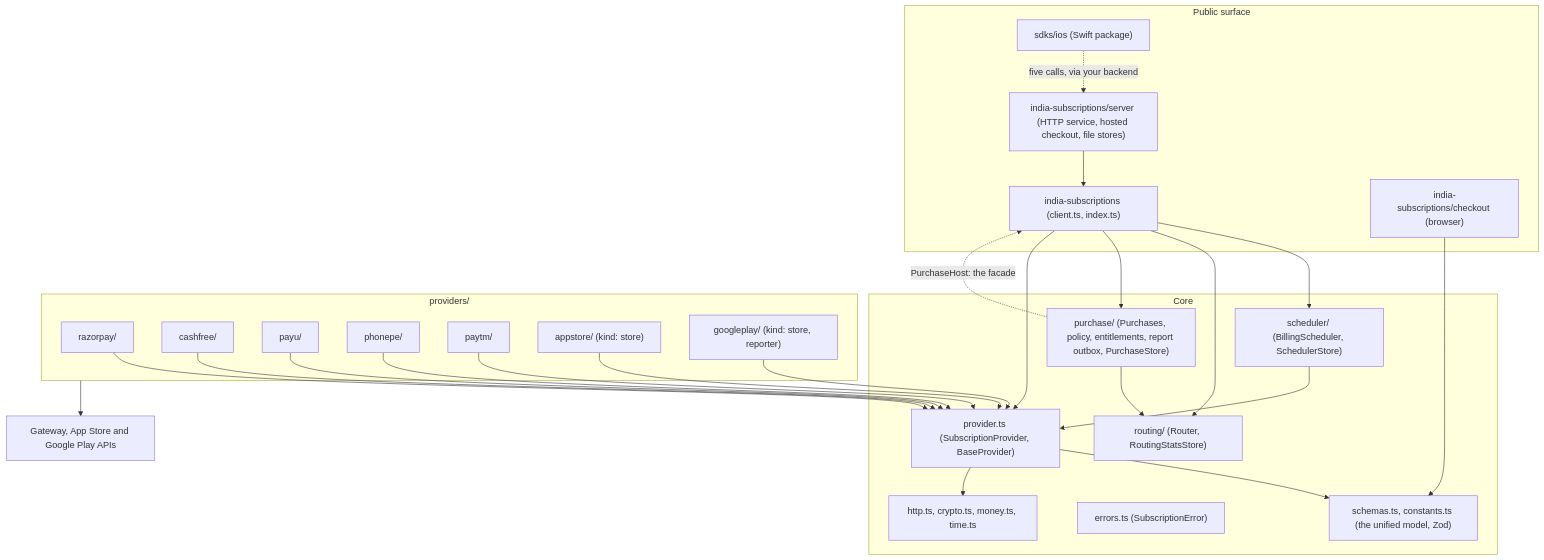
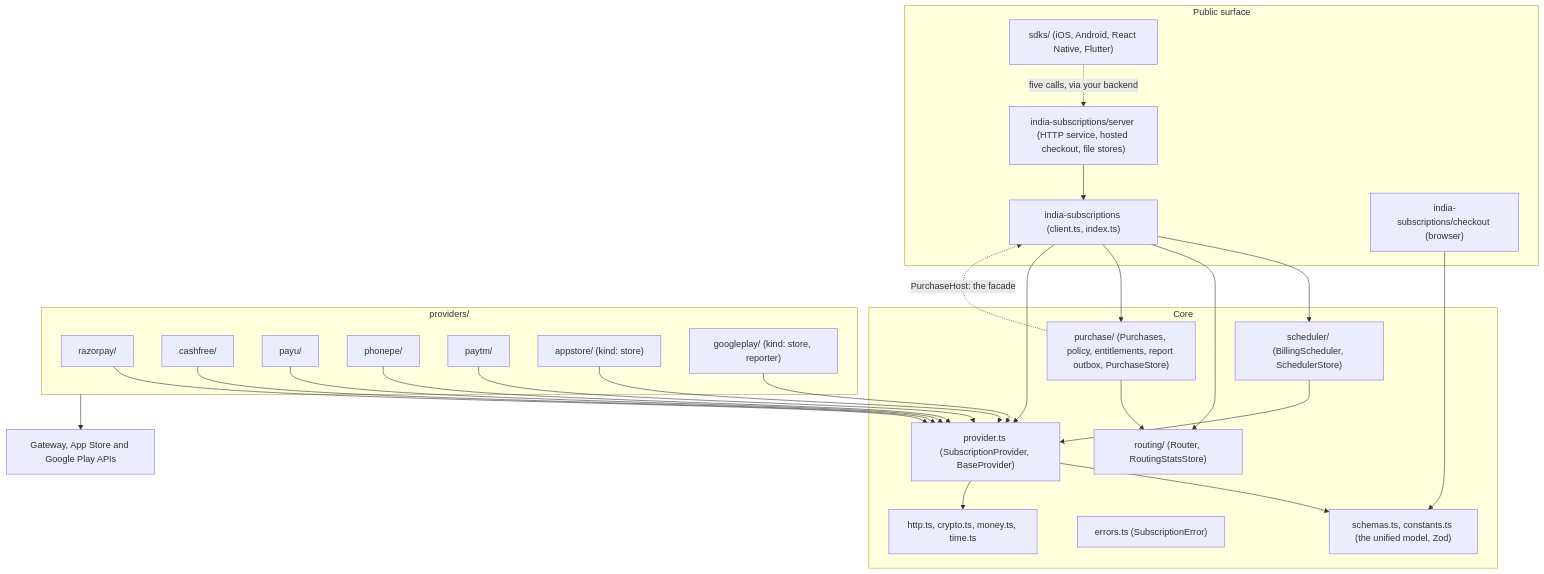
The diagram in docs/contributing/architecture.md (arjun-vegeta/india-subscriptions), drawn with Mermaid before and after one commit. The commit also changed other lines of this file and 6 other files, not shown here.

First line of the commit message:
Point the overview, README, architecture page and gateway pages at the four mobile SDKs

````diff
--- a/docs/contributing/architecture.md
+++ b/docs/contributing/architecture.md
@@ -7,47 +7,47 @@
 ```mermaid
 flowchart TB
   subgraph Public["Public surface"]
     Main["india-subscriptions (client.ts, index.ts)"]
     Server["india-subscriptions/server (HTTP service, hosted checkout, file stores)"]
     Checkout["india-subscriptions/checkout (browser)"]
-    SDK["sdks/ios (Swift package)"]
+    SDK["sdks/ (iOS, Android, React Native, Flutter)"]
   end
   subgraph Core["Core"]
     Schemas["schemas.ts, constants.ts (the unified model, Zod)"]
     Errors["errors.ts (SubscriptionError)"]
     Sched["scheduler/ (BillingScheduler, SchedulerStore)"]
     Routing["routing/ (Router, RoutingStatsStore)"]
     Purchase["purchase/ (Purchases, policy, entitlements, report outbox, PurchaseStore)"]
     Provider["provider.ts (SubscriptionProvider, BaseProvider)"]
     Http["http.ts, crypto.ts, money.ts, time.ts"]
   end
   subgraph Adapters["providers/"]
     RZP["razorpay/"]
     CF["cashfree/"]
     PU["payu/"]
     PP["phonepe/"]
     PT["paytm/"]
     AS["appstore/ (kind: store)"]
     GP["googleplay/ (kind: store, reporter)"]
   end
   Main --> Sched
   Main --> Routing
   Main --> Purchase
   Main --> Provider
   Server --> Main
   SDK -. "five calls, via your backend" .-> Server
   Checkout --> Schemas
   Sched --> Provider
   Purchase --> Routing
   Purchase -. "PurchaseHost: the facade" .-> Main
   Provider --> Schemas
   Provider --> Http
   RZP --> Provider
   CF --> Provider
   PU --> Provider
   PP --> Provider
   PT --> Provider
   AS --> Provider
   GP --> Provider
   Adapters --> Gateways["Gateway, App Store and Google Play APIs"]
 ```
````
